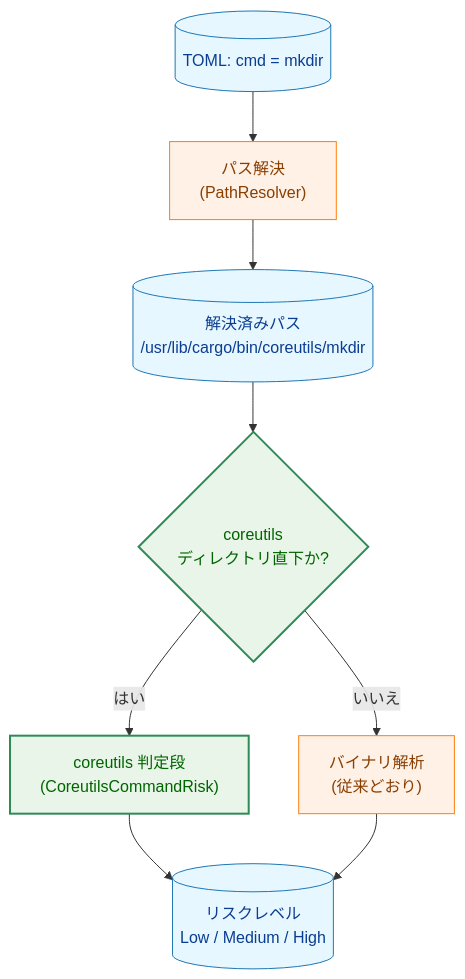
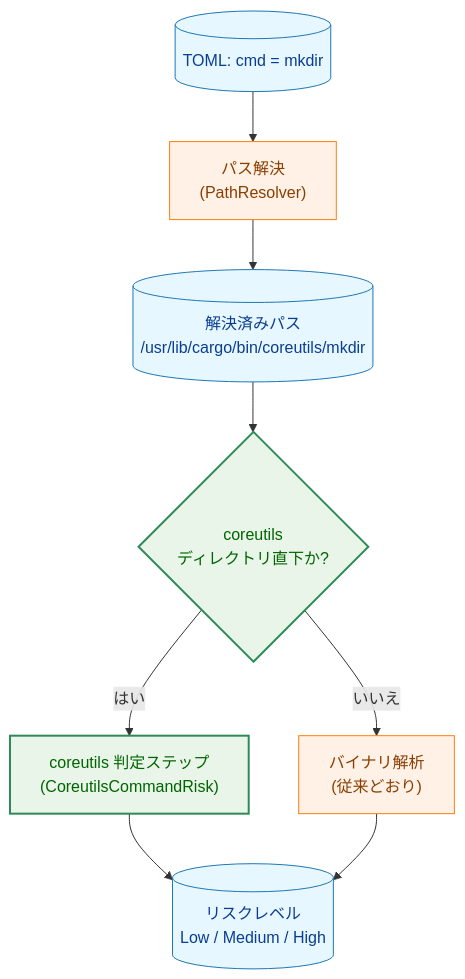
One commit to isseis/go-safe-cmd-runner changed the first of 10 diagrams in docs/tasks/0135_rust_coreutils_support/02_architecture.md. Above: the diagram before and after it, drawn with Mermaid. The commit also changed other lines of this file, not shown here.

First line of the commit message:
docs(0135): rename "判定段" to "判定ステップ" for clearer terminology

````diff
--- a/docs/tasks/0135_rust_coreutils_support/02_architecture.md
+++ b/docs/tasks/0135_rust_coreutils_support/02_architecture.md
@@ -69,18 +69,18 @@
 ```mermaid
 flowchart TD
     classDef data fill:#e6f7ff,stroke:#1f77b4,stroke-width:1px,color:#0b3d91;
     classDef process fill:#fff1e6,stroke:#ff7f0e,stroke-width:1px,color:#8a3e00;
     classDef enhanced fill:#e8f5e8,stroke:#2e8b57,stroke-width:2px,color:#006400;
 
     TOML[("TOML: cmd = mkdir")] --> RESOLVE["パス解決<br>(PathResolver)"]
     RESOLVE --> RP[("解決済みパス<br>/usr/lib/cargo/bin/coreutils/mkdir")]
     RP --> DIRCHK{"coreutils<br>ディレクトリ直下か?"}
-    DIRCHK -->|"はい"| CLASS["coreutils 判定段<br>(CoreutilsCommandRisk)"]
+    DIRCHK -->|"はい"| CLASS["coreutils 判定ステップ<br>(CoreutilsCommandRisk)"]
     DIRCHK -->|"いいえ"| BIN["バイナリ解析<br>(従来どおり)"]
     CLASS --> RISK[("リスクレベル<br>Low / Medium / High")]
     BIN --> RISK
 
     class TOML,RP,RISK data
     class RESOLVE,BIN process
     class DIRCHK,CLASS enhanced
 ```
````
